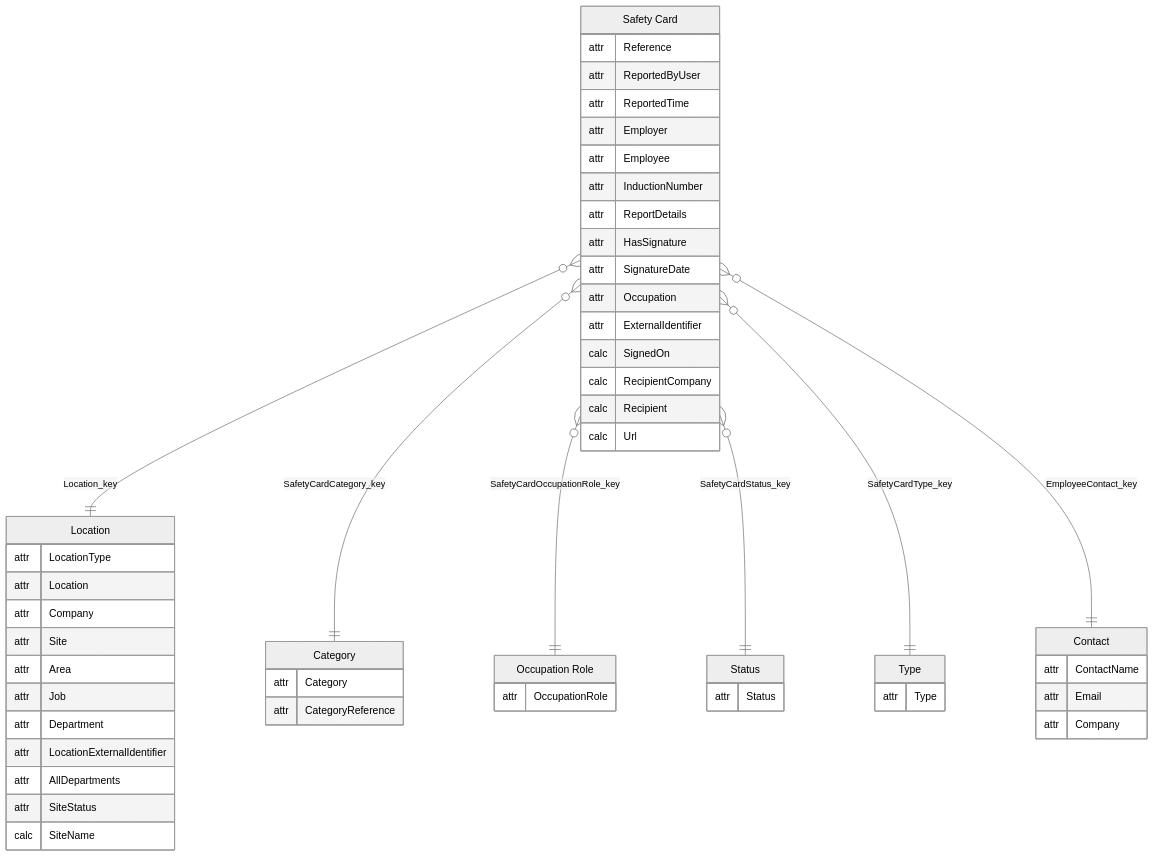
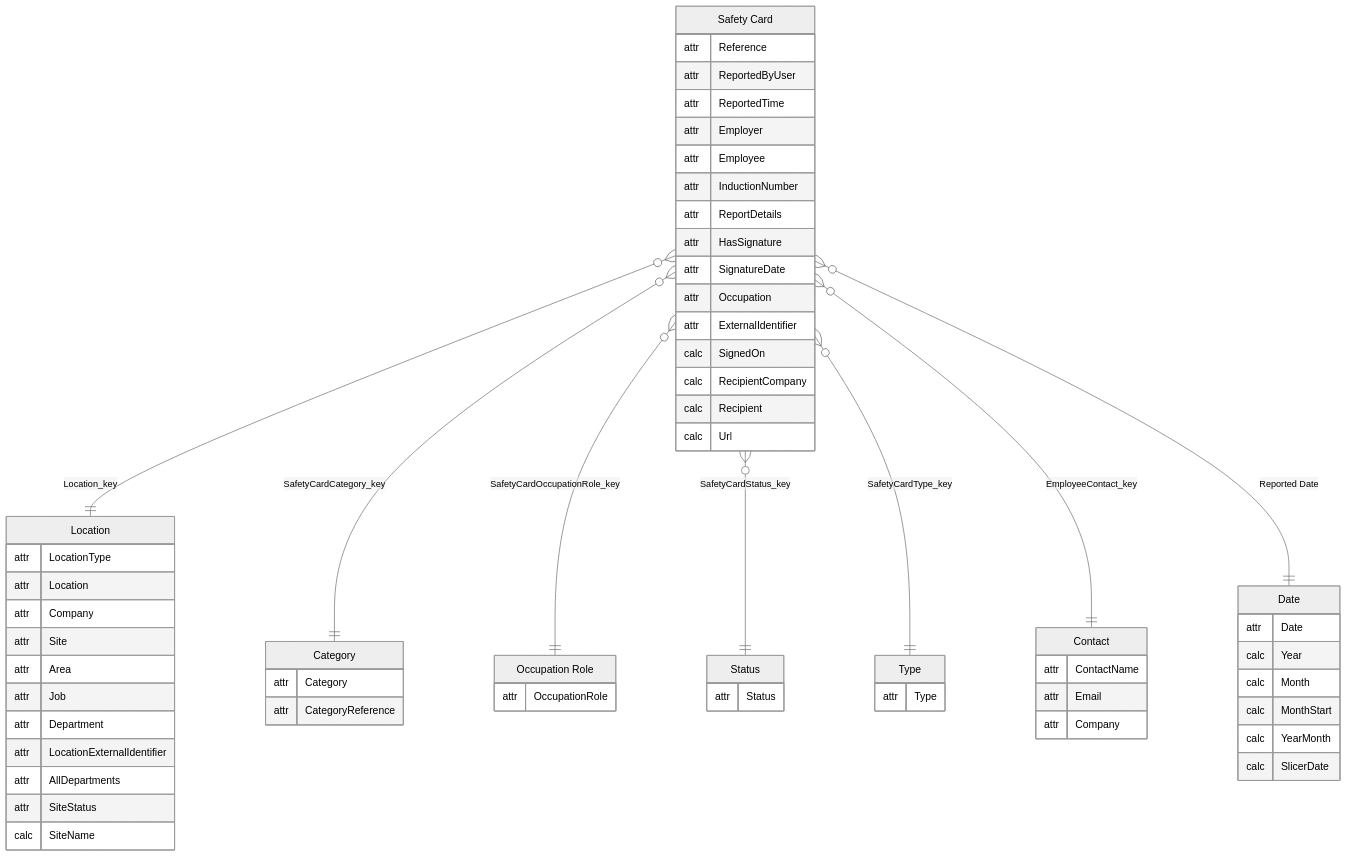
Before and after one commit to work-wallet/BIClient: the first of 3 diagrams in PowerBISamplesModels/SafetyCards.md, drawn with Mermaid. The commit also changed other lines of this file and 17 other files, not shown here.

````diff
--- a/PowerBISamplesModels/SafetyCards.md
+++ b/PowerBISamplesModels/SafetyCards.md
@@ -7,61 +7,70 @@
 ```mermaid
 ---
 config:
   theme: neutral
 ---
 erDiagram
     "Safety Card" {
         attr Reference
         attr ReportedByUser
         attr ReportedTime
         attr Employer
         attr Employee
         attr InductionNumber
         attr ReportDetails
         attr HasSignature
         attr SignatureDate
         attr Occupation
         attr ExternalIdentifier
         calc SignedOn
         calc RecipientCompany
         calc Recipient
         calc Url
     }
     "Location" {
         attr LocationType
         attr Location
         attr Company
         attr Site
         attr Area
         attr Job
         attr Department
         attr LocationExternalIdentifier
         attr AllDepartments
         attr SiteStatus
         calc SiteName
     }
     "Status" {
         attr Status
     }
     "Type" {
         attr Type
     }
     "Category" {
         attr Category
         attr CategoryReference
     }
     "Occupation Role" {
         attr OccupationRole
     }
     "Contact" {
         attr ContactName
         attr Email
         attr Company
     }
+    "Date" {
+        attr Date
+        calc Year
+        calc Month
+        calc MonthStart
+        calc YearMonth
+        calc SlicerDate
+    }
     "Safety Card" }o--|| "Location" : "Location_key"
     "Safety Card" }o--|| "Category" : "SafetyCardCategory_key"
     "Safety Card" }o--|| "Occupation Role" : "SafetyCardOccupationRole_key"
     "Safety Card" }o--|| "Status" : "SafetyCardStatus_key"
     "Safety Card" }o--|| "Type" : "SafetyCardType_key"
     "Safety Card" }o--|| "Contact" : "EmployeeContact_key"
+    "Safety Card" }o--|| "Date" : "Reported Date"
 ```
````
